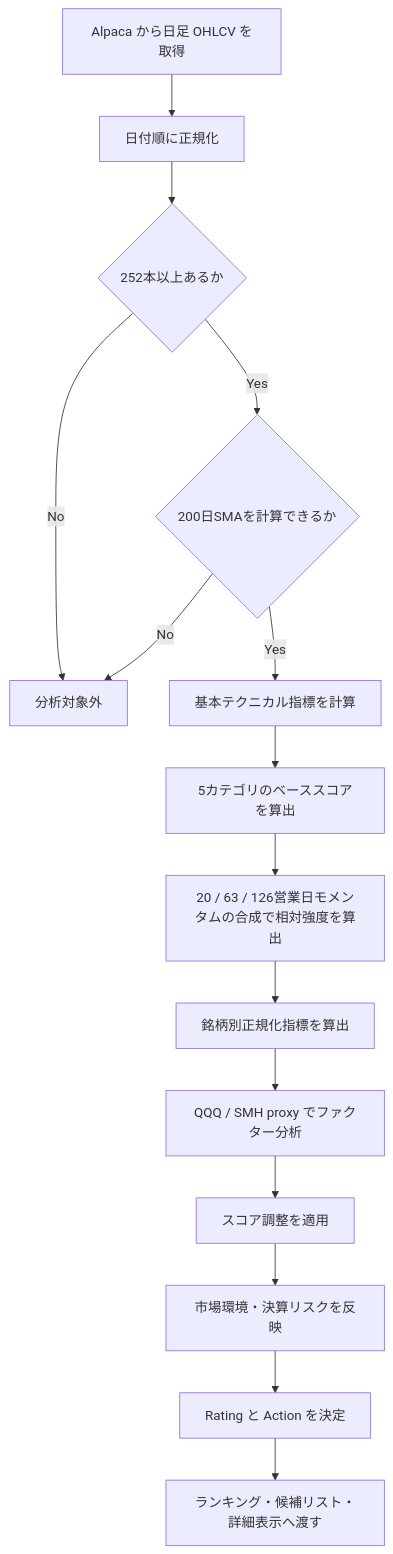
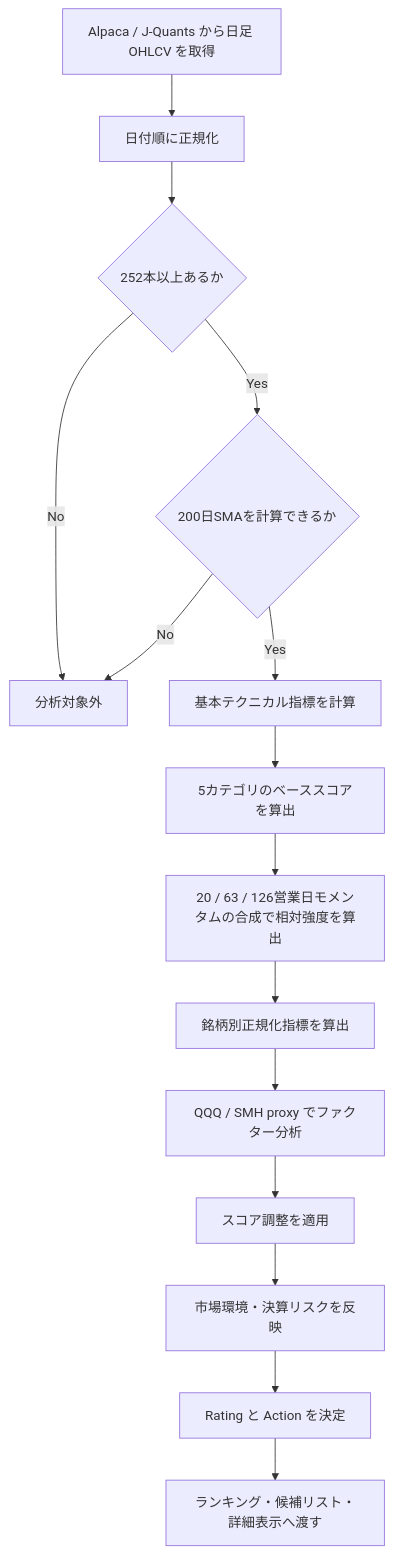
The first of 2 diagrams in docs/technical-logic.md (GtSt-jill/investment-app), drawn with Mermaid before and after one commit. The commit also changed other lines of this file and 10 other files, not shown here.

````diff
--- a/docs/technical-logic.md
+++ b/docs/technical-logic.md
@@ -20,17 +22,17 @@
 ```mermaid
 flowchart TD
-  A["Alpaca から日足 OHLCV を取得"] --> B["日付順に正規化"]
+  A["Alpaca / J-Quants から日足 OHLCV を取得"] --> B["日付順に正規化"]
   B --> C{"252本以上あるか"}
   C -- No --> X["分析対象外"]
   C -- Yes --> D{"200日SMAを計算できるか"}
   D -- No --> X
   D -- Yes --> E["基本テクニカル指標を計算"]
   E --> F["5カテゴリのベーススコアを算出"]
   F --> G["20 / 63 / 126営業日モメンタムの合成で相対強度を算出"]
   G --> H["銘柄別正規化指標を算出"]
   H --> I["QQQ / SMH proxy でファクター分析"]
   I --> J["スコア調整を適用"]
   J --> K["市場環境・決算リスクを反映"]
   K --> L["Rating と Action を決定"]
   L --> M["ランキング・候補リスト・詳細表示へ渡す"]
 ```
````
